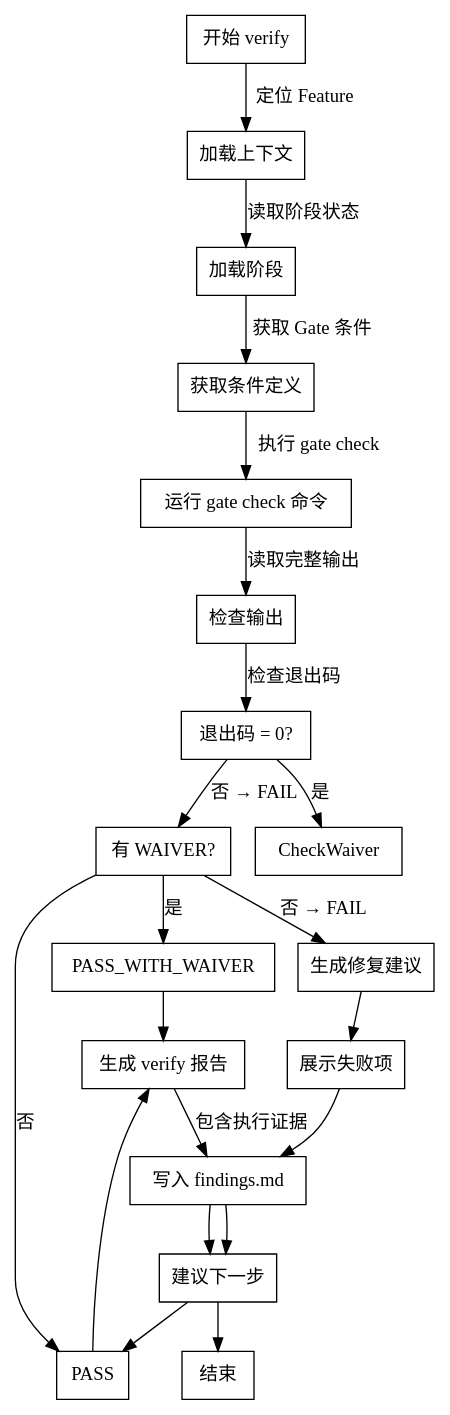
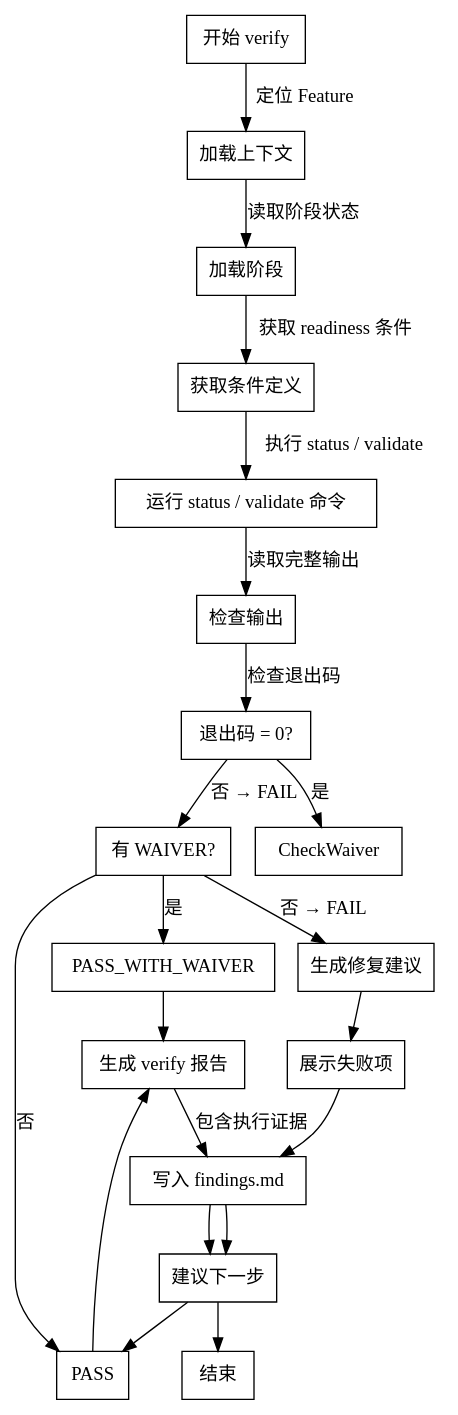
Before and after one commit to leo-kuang-ai/spec-first: the second of 2 diagrams in skills/12-verify/SKILL.md, drawn with Graphviz. The commit also changed other lines of this file and 40 other files, not shown here.

````diff
--- a/skills/12-verify/SKILL.md
+++ b/skills/12-verify/SKILL.md
@@ -355,60 +355,60 @@
 ```dot
 digraph verify_flow {
   rankdir=TB;
   node [shape=box];
 
   Start [label="开始 verify"];
   Start -> LocateFeature [label="定位 Feature"];
 
   LocateFeature [label="加载上下文"];
   LocateFeature -> LoadStage [label="读取阶段状态"];
 
   LoadStage [label="加载阶段"];
-  LoadStage -> GetConditions [label="获取 Gate 条件"];
+  LoadStage -> GetConditions [label="获取 readiness 条件"];
 
   GetConditions [label="获取条件定义"];
-  GetConditions -> RunGateCheck [label="执行 gate check"];
+  GetConditions -> RunGateCheck [label="执行 status / validate"];
 
-  RunGateCheck [label="运行 gate check 命令"];
+  RunGateCheck [label="运行 status / validate 命令"];
   RunGateCheck -> ReadOutput [label="读取完整输出"];
 
   ReadOutput [label="检查输出"];
   ReadOutput -> CheckExitCode [label="检查退出码"];
 
   CheckExitCode [label="退出码 = 0?"];
   CheckExitCode -> HasWaiver [label="否 → FAIL"];
   CheckExitCode -> CheckWaiver [label="是"];
 
   HasWaiver [label="有 WAIVER?"];
   HasWaiver -> PassWithWaiver [label="是"];
   HasWaiver -> Pass [label="否"];
 
   Pass [label="PASS"];
   PassWithWaiver [label="PASS_WITH_WAIVER"];
 
   Pass -> GenerateReport;
   PassWithWaiver -> GenerateReport;
 
   GenerateReport [label="生成 verify 报告"];
   GenerateReport -> WriteFindings [label="包含执行证据"];
 
   WriteFindings [label="写入 findings.md"];
   WriteFindings -> SuggestNext;
 
   SuggestNext [label="建议下一步"];
   SuggestNext -> Pass;
   SuggestNext -> Done;
 
   HasWaiver -> GenerateFix [label="否 → FAIL"];
 
   GenerateFix [label="生成修复建议"];
   GenerateFix -> ShowFailures;
 
   ShowFailures [label="展示失败项"];
   ShowFailures -> WriteFindings;
 
   WriteFindings -> SuggestNext;
 
   Done [label="结束"];
 }
 ```
````
